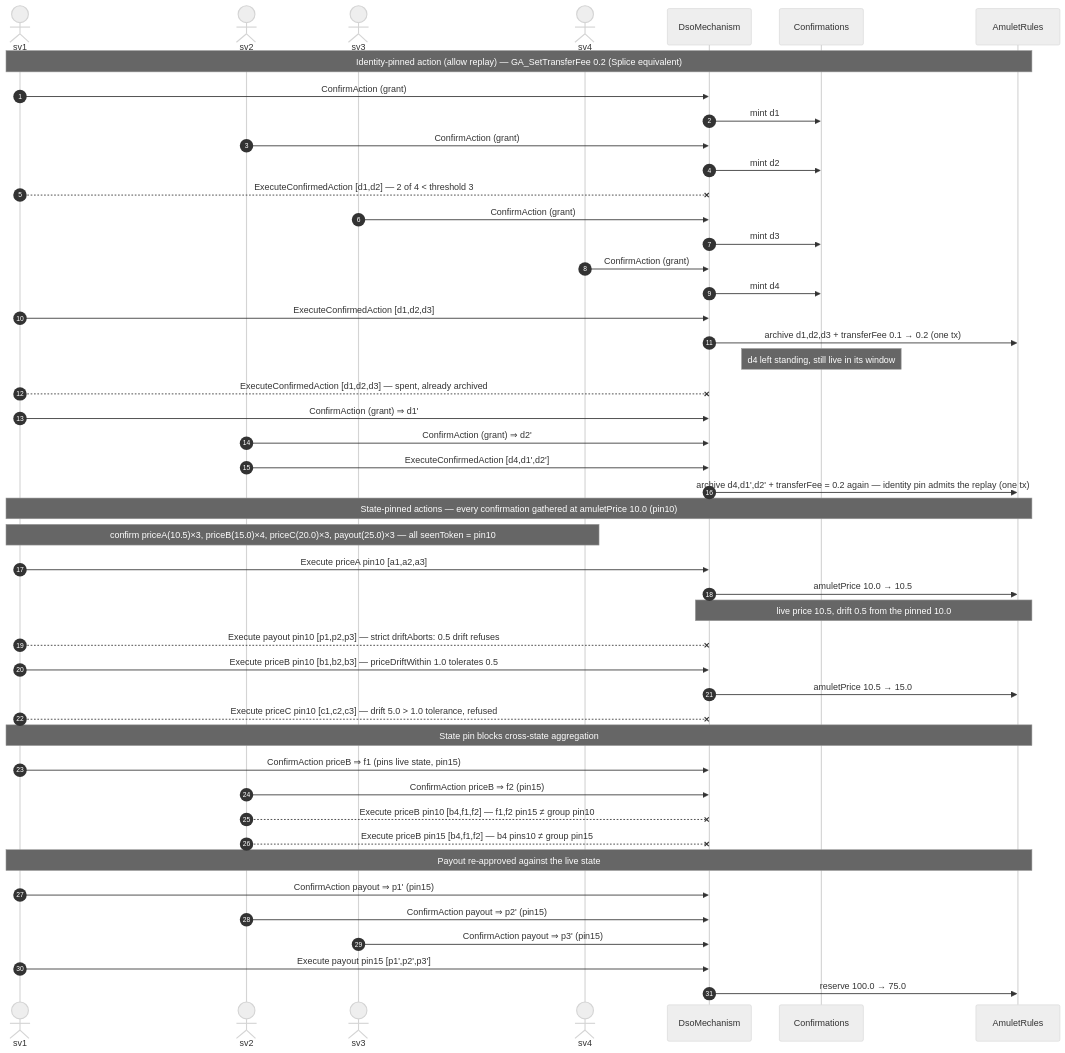
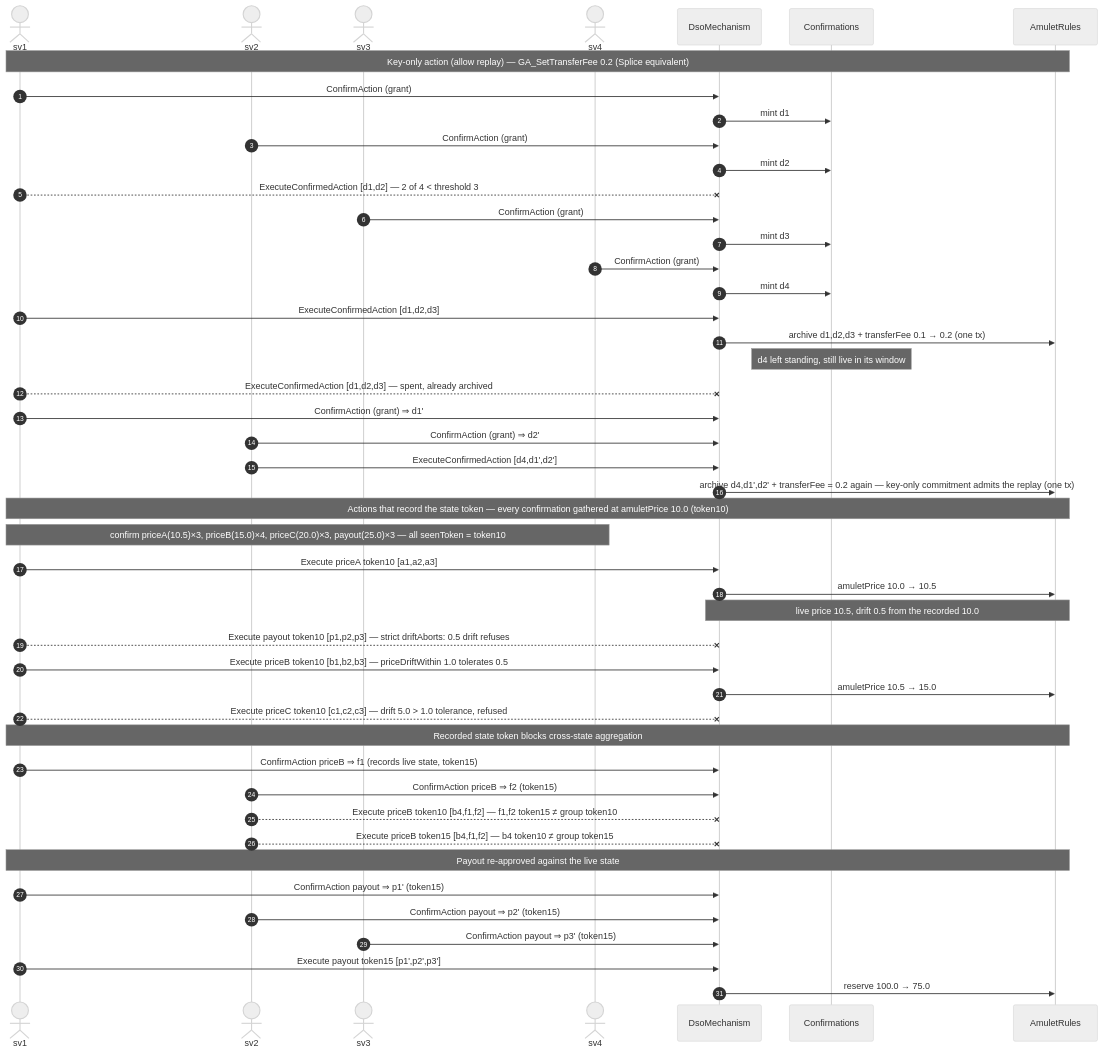
Before and after one commit to unlockitio/concordia: the second of 5 diagrams in examples/BabyDso/DEMOS.md, drawn with Mermaid (neutral theme). The commit also changed other lines of this file and 31 other files, not shown here.

````diff
--- a/examples/BabyDso/DEMOS.md
+++ b/examples/BabyDso/DEMOS.md
@@ -159,52 +148,52 @@
 ```mermaid
 sequenceDiagram
     autonumber
     actor sv1
     actor sv2
     actor sv3
     actor sv4
     participant A as DsoMechanism
     participant C as Confirmations
     participant AR as AmuletRules
 
-    Note over sv1,AR: Identity-pinned action (allow replay) — GA_SetTransferFee 0.2 (Splice equivalent)
+    Note over sv1,AR: Key-only action (allow replay) — GA_SetTransferFee 0.2 (Splice equivalent)
     sv1->>A: ConfirmAction (grant)
     A->>C: mint d1
     sv2->>A: ConfirmAction (grant)
     A->>C: mint d2
     sv1--xA: ExecuteConfirmedAction [d1,d2] — 2 of 4 < threshold 3
     sv3->>A: ConfirmAction (grant)
     A->>C: mint d3
     sv4->>A: ConfirmAction (grant)
     A->>C: mint d4
     sv1->>A: ExecuteConfirmedAction [d1,d2,d3]
     A->>AR: archive d1,d2,d3 + transferFee 0.1 → 0.2 (one tx)
     Note over C: d4 left standing, still live in its window
     sv1--xA: ExecuteConfirmedAction [d1,d2,d3] — spent, already archived
     sv1->>A: ConfirmAction (grant) ⇒ d1'
     sv2->>A: ConfirmAction (grant) ⇒ d2'
     sv2->>A: ExecuteConfirmedAction [d4,d1',d2']
-    A->>AR: archive d4,d1',d2' + transferFee = 0.2 again — identity pin admits the replay (one tx)
+    A->>AR: archive d4,d1',d2' + transferFee = 0.2 again — key-only commitment admits the replay (one tx)
 
-    Note over sv1,AR: State-pinned actions — every confirmation gathered at amuletPrice 10.0 (pin10)
-    Note over sv1,sv4: confirm priceA(10.5)×3, priceB(15.0)×4, priceC(20.0)×3, payout(25.0)×3 — all seenToken = pin10
-    sv1->>A: Execute priceA pin10 [a1,a2,a3]
+    Note over sv1,AR: Actions that record the state token — every confirmation gathered at amuletPrice 10.0 (token10)
+    Note over sv1,sv4: confirm priceA(10.5)×3, priceB(15.0)×4, priceC(20.0)×3, payout(25.0)×3 — all seenToken = token10
+    sv1->>A: Execute priceA token10 [a1,a2,a3]
     A->>AR: amuletPrice 10.0 → 10.5
-    Note over A,AR: live price 10.5, drift 0.5 from the pinned 10.0
-    sv1--xA: Execute payout pin10 [p1,p2,p3] — strict driftAborts: 0.5 drift refuses
-    sv1->>A: Execute priceB pin10 [b1,b2,b3] — priceDriftWithin 1.0 tolerates 0.5
+    Note over A,AR: live price 10.5, drift 0.5 from the recorded 10.0
+    sv1--xA: Execute payout token10 [p1,p2,p3] — strict driftAborts: 0.5 drift refuses
+    sv1->>A: Execute priceB token10 [b1,b2,b3] — priceDriftWithin 1.0 tolerates 0.5
     A->>AR: amuletPrice 10.5 → 15.0
-    sv1--xA: Execute priceC pin10 [c1,c2,c3] — drift 5.0 > 1.0 tolerance, refused
+    sv1--xA: Execute priceC token10 [c1,c2,c3] — drift 5.0 > 1.0 tolerance, refused
 
-    Note over sv1,AR: State pin blocks cross-state aggregation
-    sv1->>A: ConfirmAction priceB ⇒ f1 (pins live state, pin15)
-    sv2->>A: ConfirmAction priceB ⇒ f2 (pin15)
-    sv2--xA: Execute priceB pin10 [b4,f1,f2] — f1,f2 pin15 ≠ group pin10
-    sv2--xA: Execute priceB pin15 [b4,f1,f2] — b4 pins10 ≠ group pin15
+    Note over sv1,AR: Recorded state token blocks cross-state aggregation
+    sv1->>A: ConfirmAction priceB ⇒ f1 (records live state, token15)
+    sv2->>A: ConfirmAction priceB ⇒ f2 (token15)
+    sv2--xA: Execute priceB token10 [b4,f1,f2] — f1,f2 token15 ≠ group token10
+    sv2--xA: Execute priceB token15 [b4,f1,f2] — b4 token10 ≠ group token15
     Note over sv1,AR: Payout re-approved against the live state
-    sv1->>A: ConfirmAction payout ⇒ p1' (pin15)
-    sv2->>A: ConfirmAction payout ⇒ p2' (pin15)
-    sv3->>A: ConfirmAction payout ⇒ p3' (pin15)
-    sv1->>A: Execute payout pin15 [p1',p2',p3']
+    sv1->>A: ConfirmAction payout ⇒ p1' (token15)
+    sv2->>A: ConfirmAction payout ⇒ p2' (token15)
+    sv3->>A: ConfirmAction payout ⇒ p3' (token15)
+    sv1->>A: Execute payout token15 [p1',p2',p3']
     A->>AR: reserve 100.0 → 75.0
 ```
````
